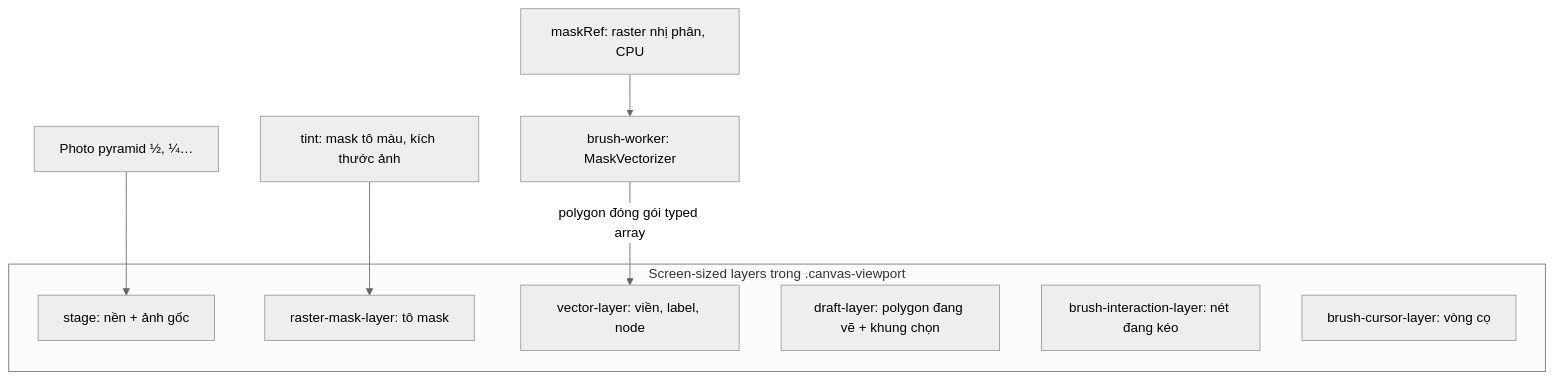
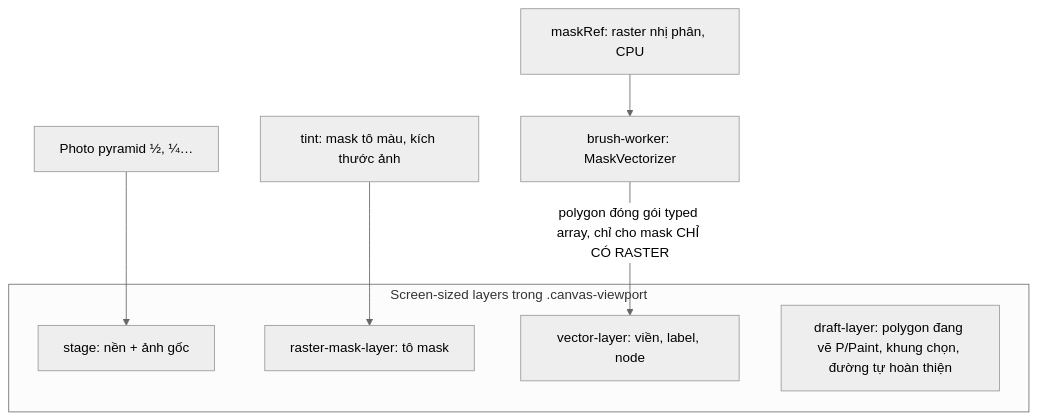
Before and after one commit to ariesanhthu/khoqua-mask-editor-react: the diagram in annotation-tool/docs/EDITOR_RENDERING.md, drawn with Mermaid (neutral theme). The commit also changed other lines of this file and 23 other files, not shown here.

Commit message:
feat: unify polygon paint and anchors with minimap display controls

````diff
--- a/annotation-tool/docs/EDITOR_RENDERING.md
+++ b/annotation-tool/docs/EDITOR_RENDERING.md
@@ -19,15 +19,13 @@
 ```mermaid
 flowchart TB
   subgraph Screen-sized layers trong .canvas-viewport
     S[stage: nền + ảnh gốc]
     M[raster-mask-layer: tô mask]
     V[vector-layer: viền, label, node]
-    D[draft-layer: polygon đang vẽ + khung chọn]
-    I[brush-interaction-layer: nét đang kéo]
-    C[brush-cursor-layer: vòng cọ]
+    D[draft-layer: polygon đang vẽ P/Paint, khung chọn, đường tự hoàn thiện]
   end
   P[Photo pyramid ½, ¼…] --> S
   T[tint: mask tô màu, kích thước ảnh] --> M
   R[maskRef: raster nhị phân, CPU] --> W[brush-worker: MaskVectorizer]
-  W -->|polygon đóng gói typed array| V
+  W -->|polygon đóng gói typed array, chỉ cho mask CHỈ CÓ RASTER| V
 ```
````
